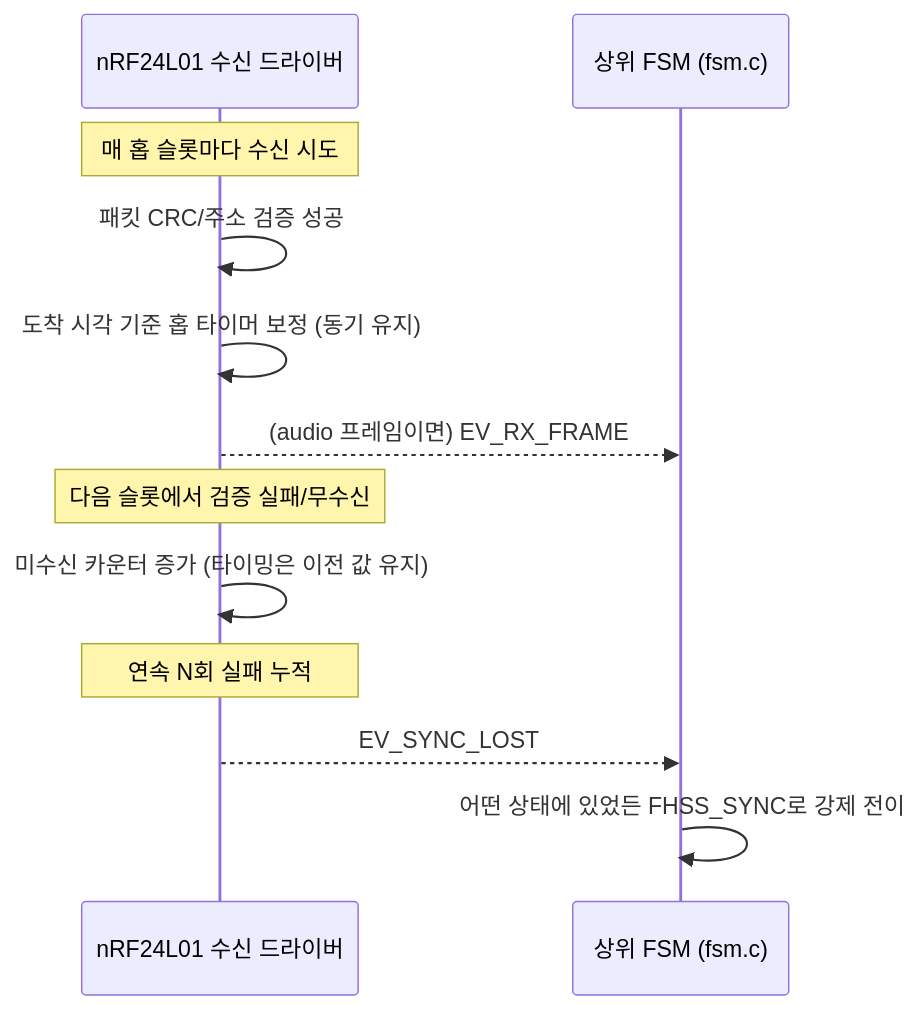
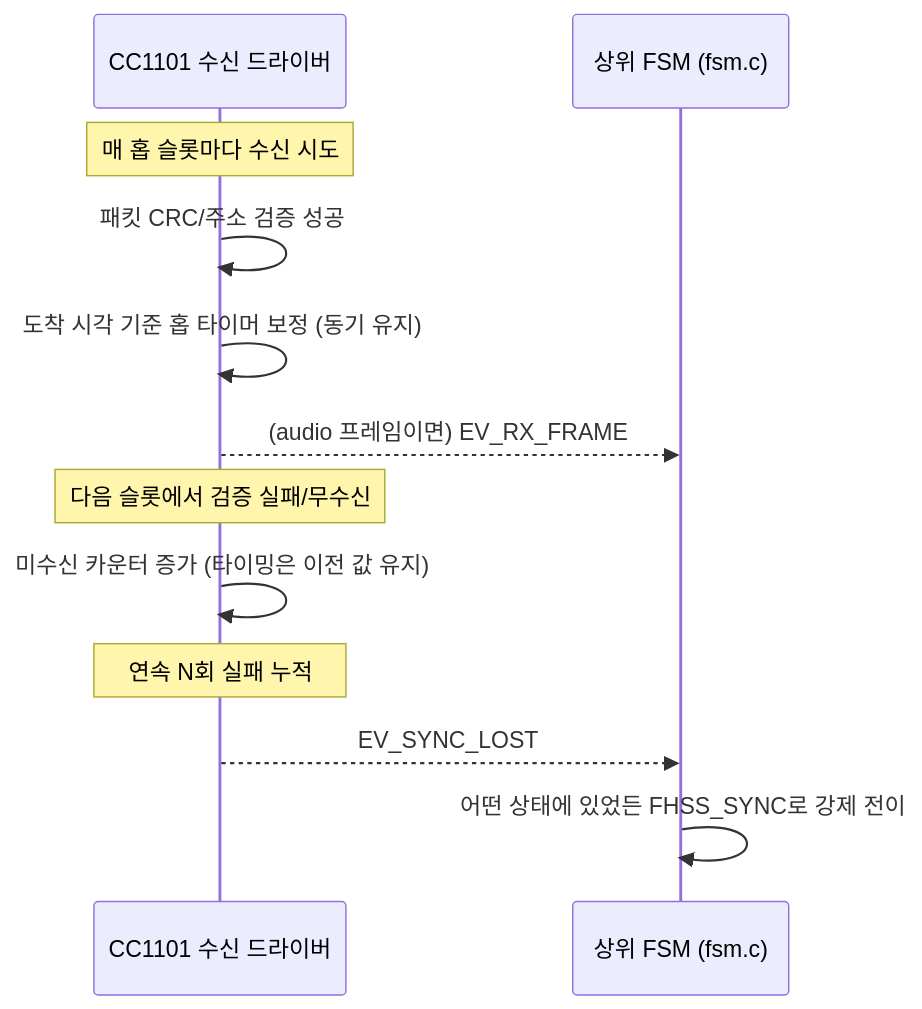
One commit to fhss-ota-radio/firmware-esp32 changed the first of 2 diagrams in fhss-ota-radio/docs/fsm-design.md. Above: the diagram before and after it, drawn with Mermaid. The commit also changed other lines of this file and 2 other files, not shown here.

````diff
--- a/fhss-ota-radio/docs/fsm-design.md
+++ b/fhss-ota-radio/docs/fsm-design.md
@@ -23,17 +26,17 @@
 ```mermaid
 sequenceDiagram
-    participant Radio as nRF24L01 수신 드라이버
+    participant Radio as CC1101 수신 드라이버
     participant App as 상위 FSM (fsm.c)
 
     Note over Radio: 매 홉 슬롯마다 수신 시도
     Radio->>Radio: 패킷 CRC/주소 검증 성공
     Radio->>Radio: 도착 시각 기준 홉 타이머 보정 (동기 유지)
     Radio-->>App: (audio 프레임이면) EV_RX_FRAME
 
     Note over Radio: 다음 슬롯에서 검증 실패/무수신
     Radio->>Radio: 미수신 카운터 증가 (타이밍은 이전 값 유지)
 
     Note over Radio: 연속 N회 실패 누적
     Radio-->>App: EV_SYNC_LOST
     App->>App: 어떤 상태에 있었든 FHSS_SYNC로 강제 전이
 ```
````
